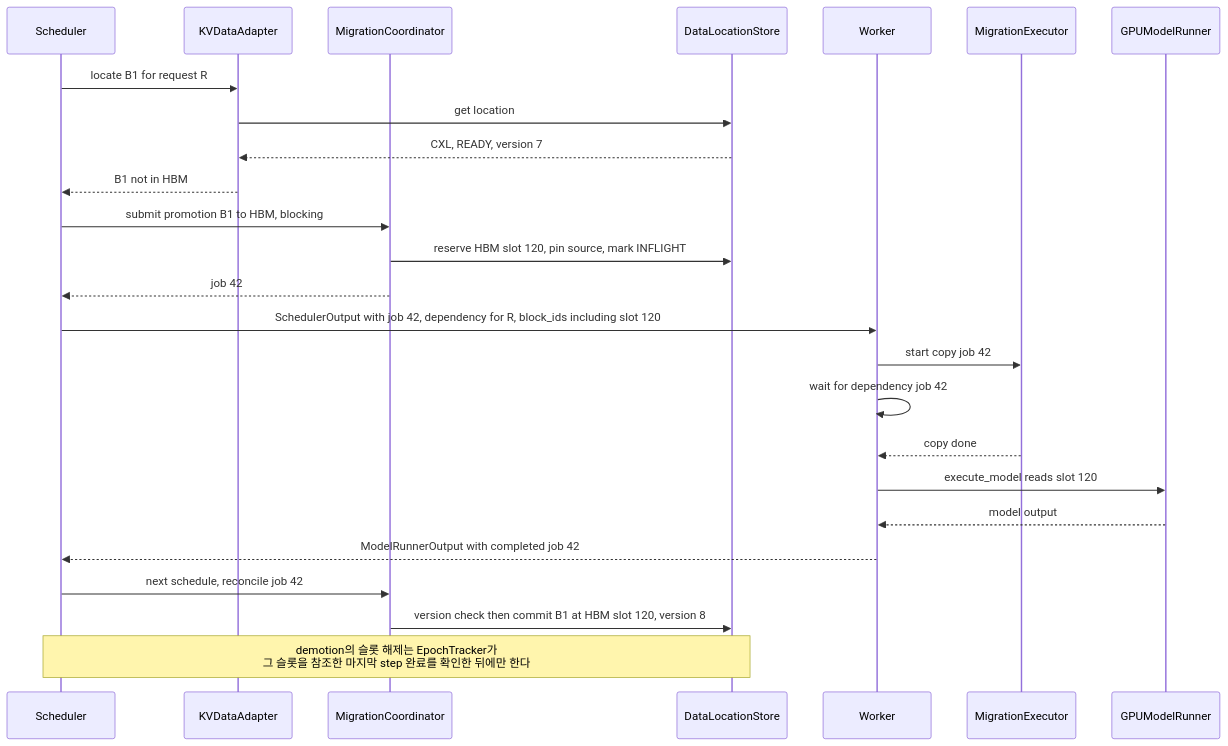
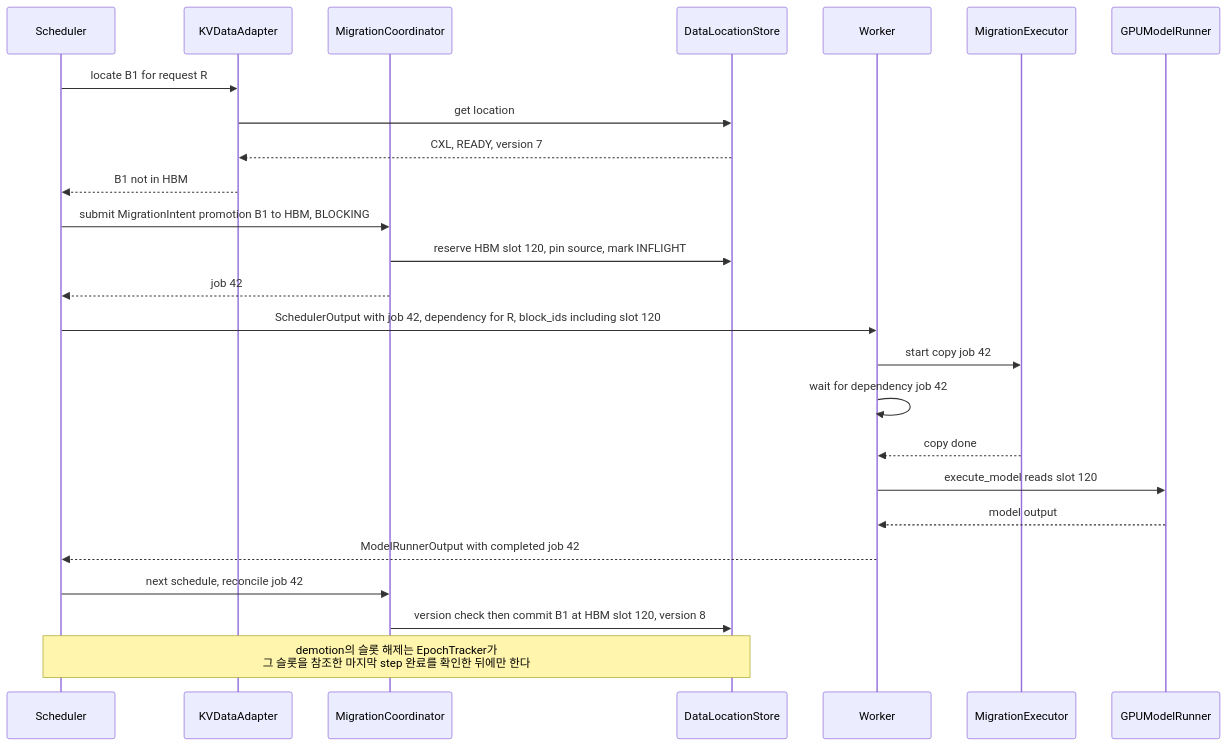
One commit to mkim0628/vllm changed the third of 5 diagrams in doc-mk/DP5/dp5-migration-execution-location-consistent-access.md. Above: the diagram before and after it, drawn with Mermaid. The commit also changed other lines of this file and 2 other files, not shown here.

First line of the commit message:
DP1 exits at Migration Coordinator; intent assembled by Migration Data Selector; two intent producers

````diff
--- a/doc-mk/DP5/dp5-migration-execution-location-consistent-access.md
+++ b/doc-mk/DP5/dp5-migration-execution-location-consistent-access.md
@@ -218,28 +220,28 @@
 ```mermaid
 sequenceDiagram
     participant S as Scheduler
     participant KV as KVDataAdapter
     participant MC as MigrationCoordinator
     participant LS as DataLocationStore
     participant W as Worker
     participant EX as MigrationExecutor
     participant MR as GPUModelRunner
 
     S->>KV: locate B1 for request R
     KV->>LS: get location
     LS-->>KV: CXL, READY, version 7
     KV-->>S: B1 not in HBM
-    S->>MC: submit promotion B1 to HBM, blocking
+    S->>MC: submit MigrationIntent promotion B1 to HBM, BLOCKING
     MC->>LS: reserve HBM slot 120, pin source, mark INFLIGHT
     MC-->>S: job 42
     S->>W: SchedulerOutput with job 42, dependency for R, block_ids including slot 120
     W->>EX: start copy job 42
     W->>W: wait for dependency job 42
     EX-->>W: copy done
     W->>MR: execute_model reads slot 120
     MR-->>W: model output
     W-->>S: ModelRunnerOutput with completed job 42
     S->>MC: next schedule, reconcile job 42
     MC->>LS: version check then commit B1 at HBM slot 120, version 8
     Note over S,LS: demotion의 슬롯 해제는 EpochTracker가<br/>그 슬롯을 참조한 마지막 step 완료를 확인한 뒤에만 한다
 ```
````
